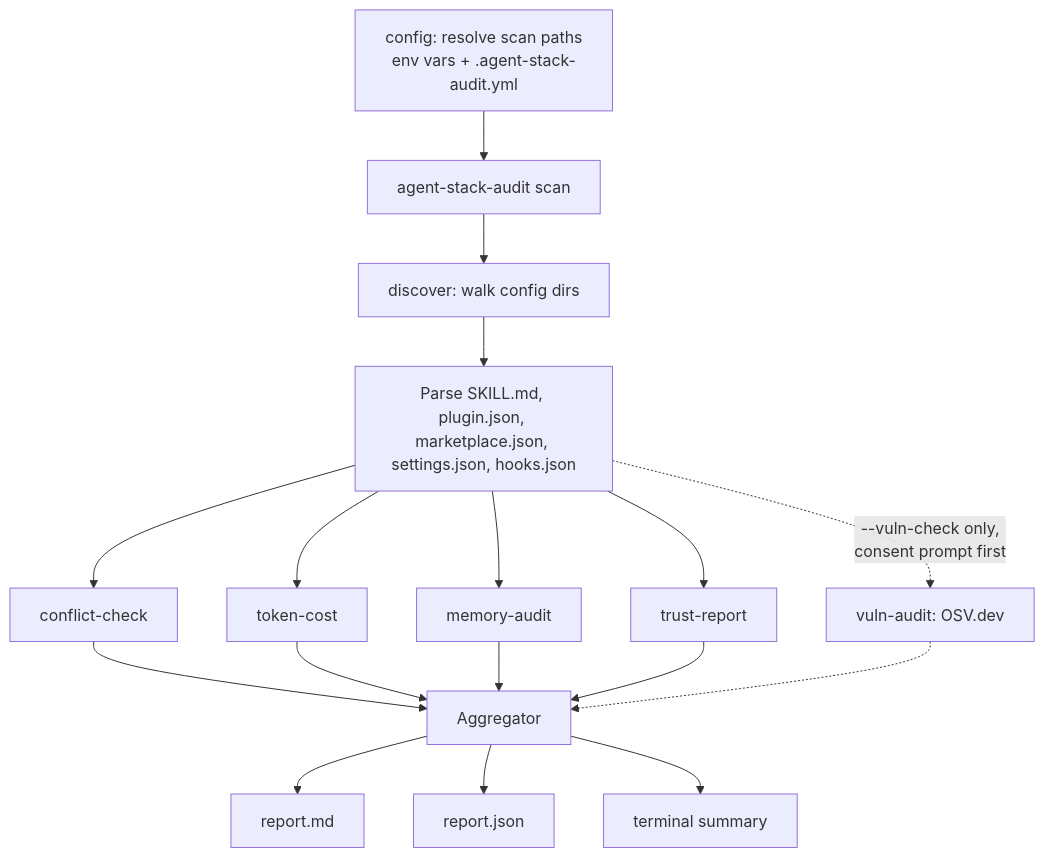
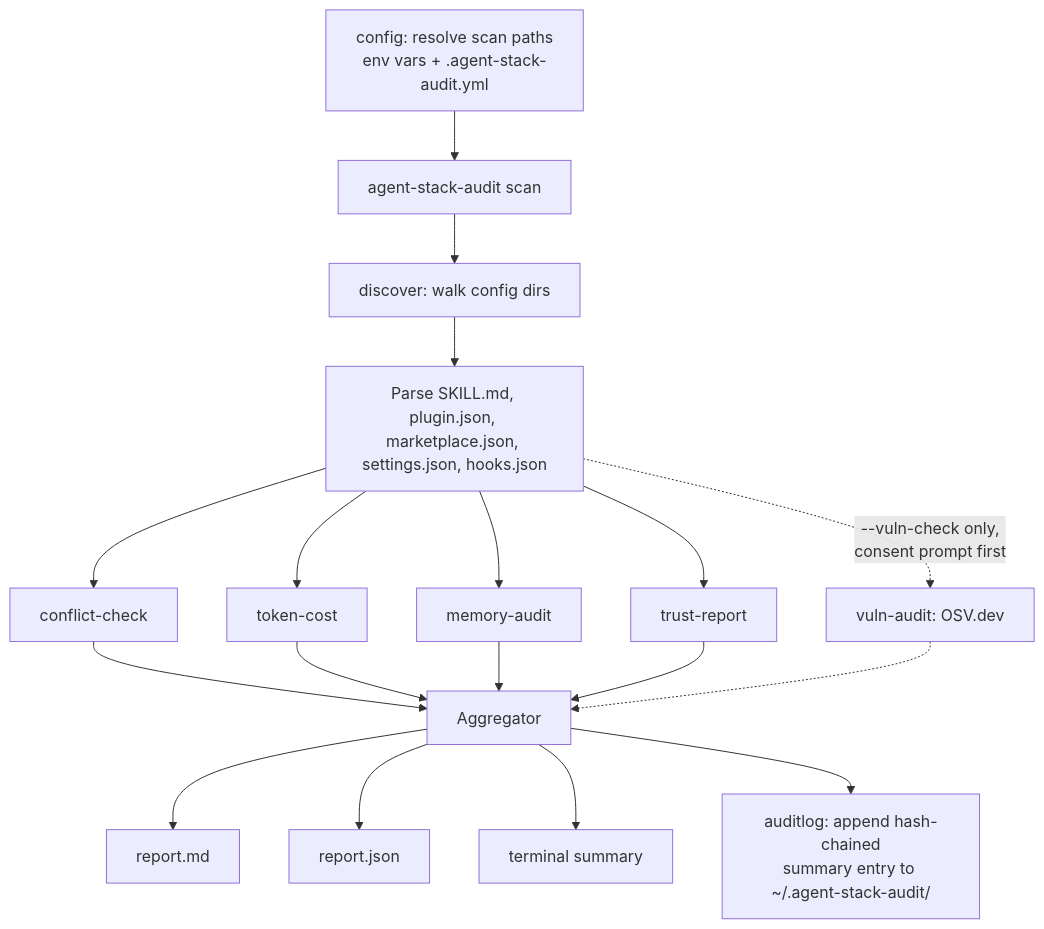
Before and after one commit to damta8827773/agent-stack-audit: the diagram in docs/ARCHITECTURE.md, drawn with Mermaid. The commit also changed other lines of this file and 11 other files, not shown here.

First line of the commit message:
feat: append-only hash-chained audit log, verify-log, diff

````diff
--- a/docs/ARCHITECTURE.md
+++ b/docs/ARCHITECTURE.md
@@ -5,19 +5,20 @@
 ```mermaid
 flowchart TD
     Z[config: resolve scan paths<br/>env vars + .agent-stack-audit.yml] --> A[agent-stack-audit scan]
     A --> B[discover: walk config dirs]
     B --> C[Parse SKILL.md, plugin.json, marketplace.json, settings.json, hooks.json]
     C --> D[conflict-check]
     C --> E[token-cost]
     C --> F[memory-audit]
     C --> G[trust-report]
     C -.->|--vuln-check only,<br/>consent prompt first| L[vuln-audit: OSV.dev]
     D --> H[Aggregator]
     E --> H
     F --> H
     G --> H
     L -.-> H
     H --> I[report.md]
     H --> J[report.json]
     H --> K[terminal summary]
+    H --> M[auditlog: append hash-chained<br/>summary entry to ~/.agent-stack-audit/]
 ```
````
